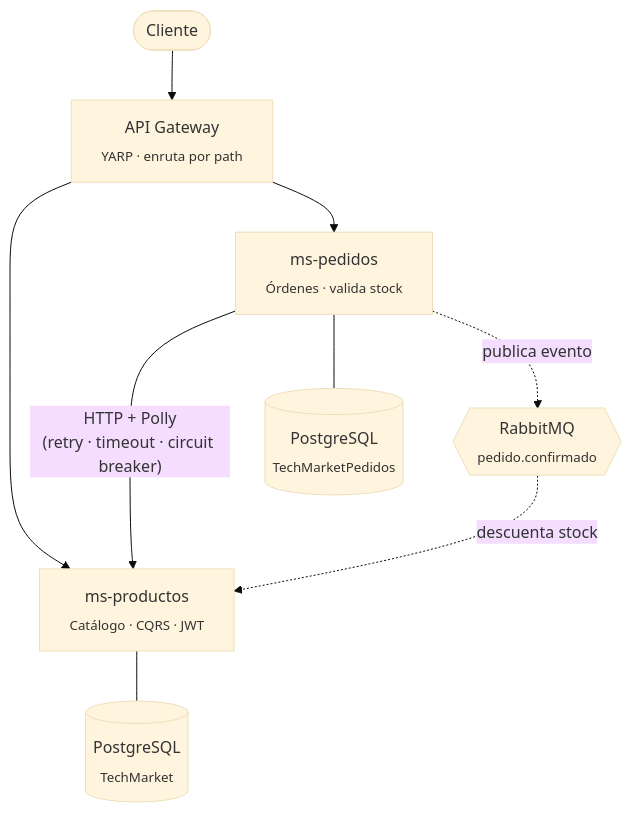
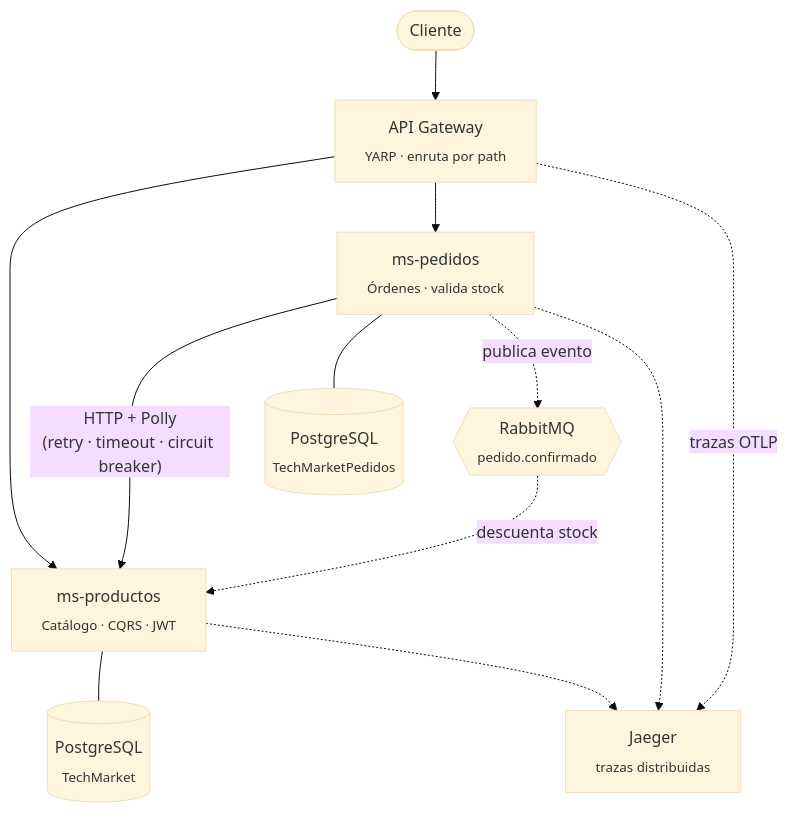
Before and after one commit to iliana212/TechMarket: the diagram in README.md, drawn with Mermaid (base theme). The commit also changed other lines of this file and 13 other files, not shown here.

````diff
--- a/README.md
+++ b/README.md
@@ -18,19 +18,23 @@
 ```mermaid
 graph TB
     Cliente([Cliente])
     Gateway["API Gateway<br/><sub>YARP · enruta por path</sub>"]
     Productos["ms-productos<br/><sub>Catálogo · CQRS · JWT</sub>"]
     Pedidos["ms-pedidos<br/><sub>Órdenes · valida stock</sub>"]
     DBProd[("PostgreSQL<br/><sub>TechMarket</sub>")]
     DBPed[("PostgreSQL<br/><sub>TechMarketPedidos</sub>")]
     Rabbit{{"RabbitMQ<br/><sub>pedido.confirmado</sub>"}}
+    Jaeger["Jaeger<br/><sub>trazas distribuidas</sub>"]
 
     Cliente --> Gateway
     Gateway --> Productos
     Gateway --> Pedidos
     Pedidos -- "HTTP + Polly<br/>(retry · timeout · circuit breaker)" --> Productos
     Productos --- DBProd
     Pedidos --- DBPed
     Pedidos -. "publica evento" .-> Rabbit
     Rabbit -. "descuenta stock" .-> Productos
+    Gateway -. "trazas OTLP" .-> Jaeger
+    Productos -.-> Jaeger
+    Pedidos -.-> Jaeger
 ```
````
